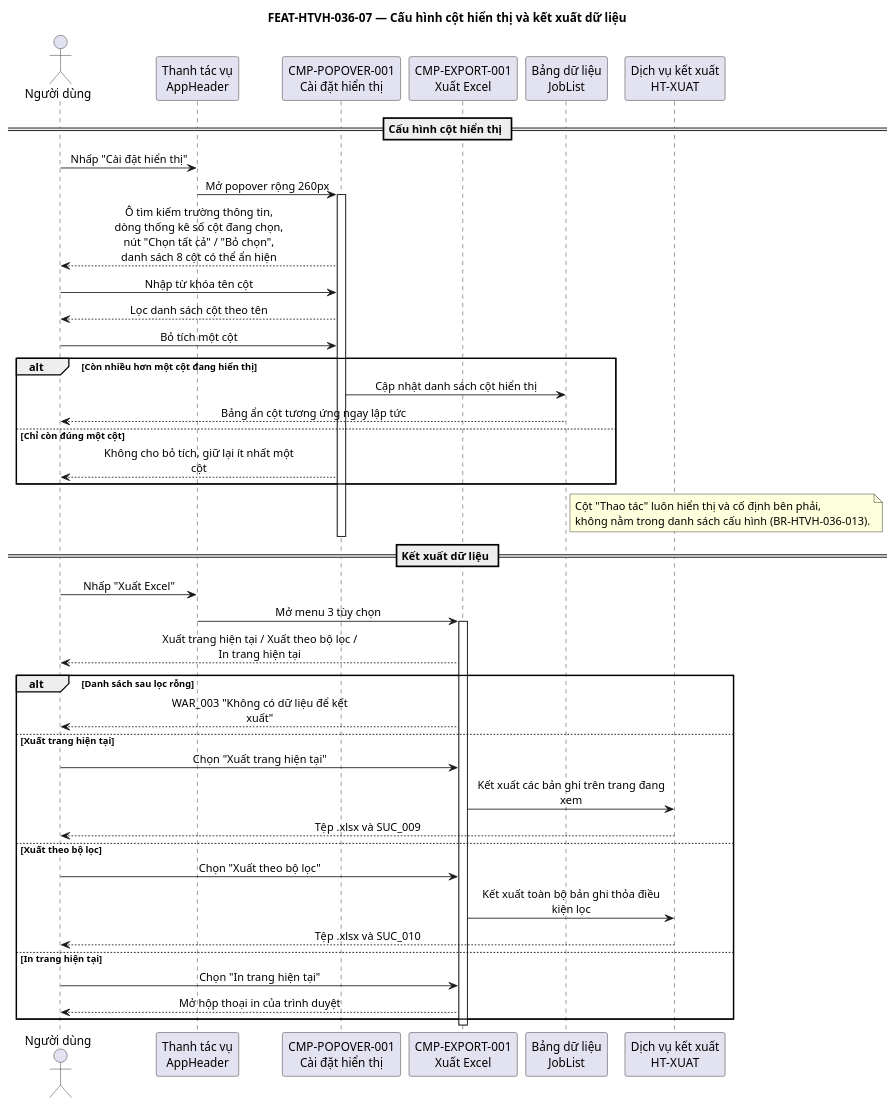
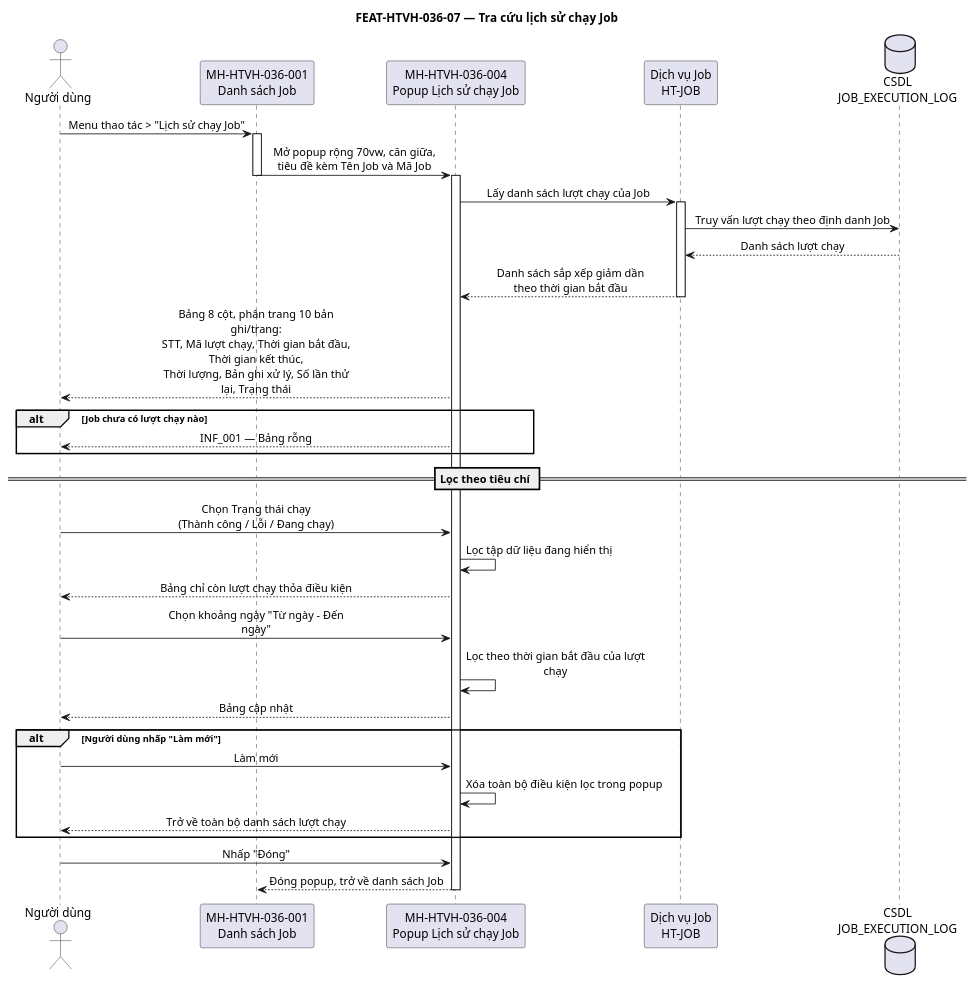
Before and after one commit to NgocTDA/cic-core-system: the diagram in docs/specifications/diagrams/FUNC-HTVH-036_seq-07.puml, drawn with PlantUML. The commit also changed 75 other files, not shown here.

```diff
--- a/docs/specifications/diagrams/FUNC-HTVH-036_seq-07.puml
+++ b/docs/specifications/diagrams/FUNC-HTVH-036_seq-07.puml
@@ -1,59 +1,49 @@
 @startuml FUNC-HTVH-036_seq-07
-title FEAT-HTVH-036-07 — Cấu hình cột hiển thị và kết xuất dữ liệu
+title FEAT-HTVH-036-07 — Tra cứu lịch sử chạy Job
 
 skinparam sequenceMessageAlign center
 skinparam maxMessageSize 240
 
 actor "Người dùng" as NSD
-participant "Thanh tác vụ\nAppHeader" as CMP_HEADER
-participant "CMP-POPOVER-001\nCài đặt hiển thị" as CMP_POP
-participant "CMP-EXPORT-001\nXuất Excel" as CMP_EXP
-participant "Bảng dữ liệu\nJobList" as CMP_GRID
-participant "Dịch vụ kết xuất\nHT-XUAT" as HT_XUAT
+participant "MH-HTVH-036-001\nDanh sách Job" as MH_DS
+participant "MH-HTVH-036-004\nPopup Lịch sử chạy Job" as MH_LS
+participant "Dịch vụ Job\nHT-JOB" as HT_JOB
+database "CSDL\nJOB_EXECUTION_LOG" as CSDL
 
-== Cấu hình cột hiển thị ==
-NSD -> CMP_HEADER : Nhấp "Cài đặt hiển thị"
-CMP_HEADER -> CMP_POP : Mở popover rộng 260px
-activate CMP_POP
-CMP_POP --> NSD : Ô tìm kiếm trường thông tin,\ndòng thống kê số cột đang chọn,\nnút "Chọn tất cả" / "Bỏ chọn",\ndanh sách 8 cột có thể ẩn hiện
+NSD -> MH_DS : Menu thao tác > "Lịch sử chạy Job"
+activate MH_DS
+MH_DS -> MH_LS : Mở popup rộng 70vw, căn giữa,\ntiêu đề kèm Tên Job và Mã Job
+deactivate MH_DS
+activate MH_LS
+MH_LS -> HT_JOB : Lấy danh sách lượt chạy của Job
+activate HT_JOB
+HT_JOB -> CSDL : Truy vấn lượt chạy theo định danh Job
+CSDL --> HT_JOB : Danh sách lượt chạy
+HT_JOB --> MH_LS : Danh sách sắp xếp giảm dần\ntheo thời gian bắt đầu
+deactivate HT_JOB
+MH_LS --> NSD : Bảng 8 cột, phân trang 10 bản ghi/trang:\nSTT, Mã lượt chạy, Thời gian bắt đầu, Thời gian kết thúc,\nThời lượng, Bản ghi xử lý, Số lần thử lại, Trạng thái
 
-NSD -> CMP_POP : Nhập từ khóa tên cột
-CMP_POP --> NSD : Lọc danh sách cột theo tên
-
-NSD -> CMP_POP : Bỏ tích một cột
-alt Còn nhiều hơn một cột đang hiển thị
-  CMP_POP -> CMP_GRID : Cập nhật danh sách cột hiển thị
-  CMP_GRID --> NSD : Bảng ẩn cột tương ứng ngay lập tức
-else Chỉ còn đúng một cột
-  CMP_POP --> NSD : Không cho bỏ tích, giữ lại ít nhất một cột
+alt Job chưa có lượt chạy nào
+  MH_LS --> NSD : INF_001 — Bảng rỗng
 end
 
-note right of CMP_GRID
-  Cột "Thao tác" luôn hiển thị và cố định bên phải,
-  không nằm trong danh sách cấu hình (BR-HTVH-036-013).
-end note
-deactivate CMP_POP
+== Lọc theo tiêu chí ==
+NSD -> MH_LS : Chọn Trạng thái chạy\n(Thành công / Lỗi / Đang chạy)
+MH_LS -> MH_LS : Lọc tập dữ liệu đang hiển thị
+MH_LS --> NSD : Bảng chỉ còn lượt chạy thỏa điều kiện
 
-== Kết xuất dữ liệu ==
-NSD -> CMP_HEADER : Nhấp "Xuất Excel"
-CMP_HEADER -> CMP_EXP : Mở menu 3 tùy chọn
-activate CMP_EXP
-CMP_EXP --> NSD : Xuất trang hiện tại / Xuất theo bộ lọc / In trang hiện tại
+NSD -> MH_LS : Chọn khoảng ngày "Từ ngày – Đến ngày"
+MH_LS -> MH_LS : Lọc theo thời gian bắt đầu của lượt chạy
+MH_LS --> NSD : Bảng cập nhật
 
-alt Danh sách sau lọc rỗng
-  CMP_EXP --> NSD : WAR_003 "Không có dữ liệu để kết xuất"
-else Xuất trang hiện tại
-  NSD -> CMP_EXP : Chọn "Xuất trang hiện tại"
-  CMP_EXP -> HT_XUAT : Kết xuất các bản ghi trên trang đang xem
-  HT_XUAT --> NSD : Tệp .xlsx và SUC_009
-else Xuất theo bộ lọc
-  NSD -> CMP_EXP : Chọn "Xuất theo bộ lọc"
-  CMP_EXP -> HT_XUAT : Kết xuất toàn bộ bản ghi thỏa điều kiện lọc
-  HT_XUAT --> NSD : Tệp .xlsx và SUC_010
-else In trang hiện tại
-  NSD -> CMP_EXP : Chọn "In trang hiện tại"
-  CMP_EXP --> NSD : Mở hộp thoại in của trình duyệt
+alt Người dùng nhấp "Làm mới"
+  NSD -> MH_LS : Làm mới
+  MH_LS -> MH_LS : Xóa toàn bộ điều kiện lọc trong popup
+  MH_LS --> NSD : Trở về toàn bộ danh sách lượt chạy
 end
-deactivate CMP_EXP
+
+NSD -> MH_LS : Nhấp "Đóng"
+MH_LS --> MH_DS : Đóng popup, trở về danh sách Job
+deactivate MH_LS
 
 @enduml
```
